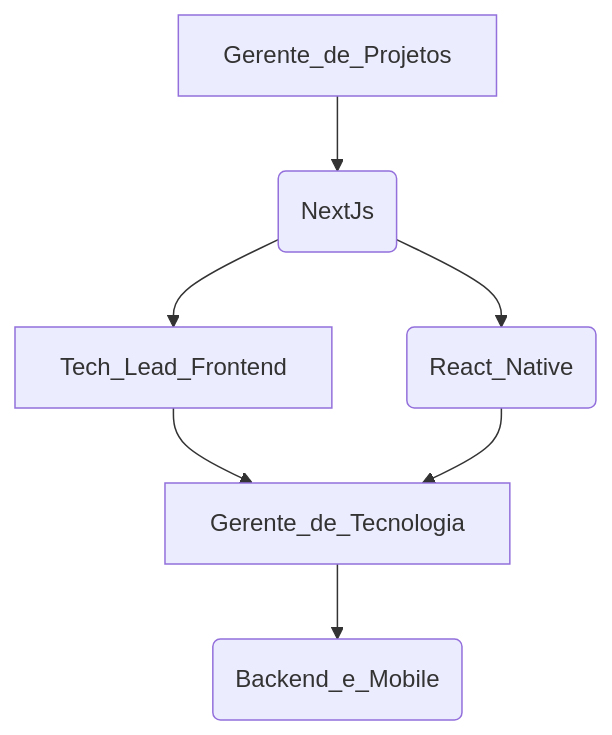
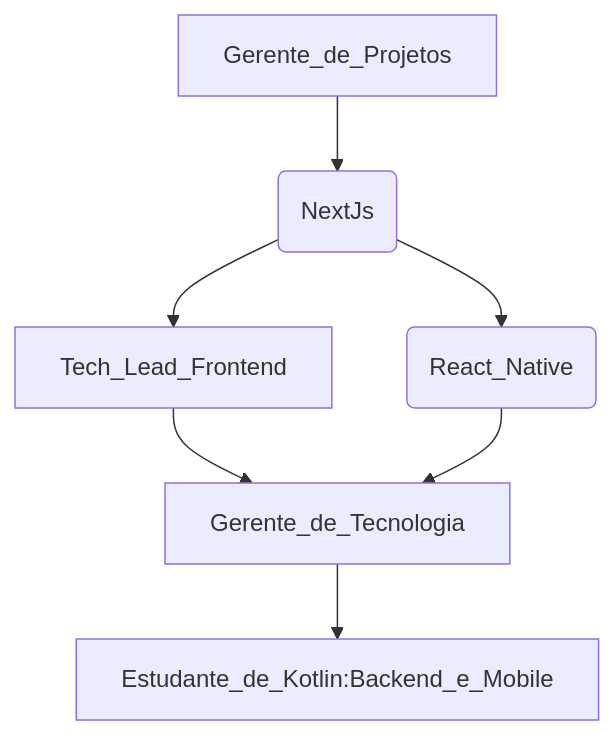
The diagram in README.md (FranciscoMaik/FranciscoMaik), drawn with Mermaid before and after one commit.

````diff
--- a/README.md
+++ b/README.md
@@ -40,9 +40,9 @@
 ```mermaid
 graph TD
     Gerente_de_Projetos --> Desenvolvedor_Web_(NextJs)
     Desenvolvedor_Web_(NextJs) --> Tech_Lead_Frontend
     Desenvolvedor_Web_(NextJs) --> Desenvolvedor_Mobile_(React_Native)
     Tech_Lead_Frontend --> Gerente_de_Tecnologia
     Desenvolvedor_Mobile_(React_Native) --> Gerente_de_Tecnologia
-    Gerente_de_Tecnologia --> Estudante_de_Kotlin(Backend_e_Mobile)
+    Gerente_de_Tecnologia --> Estudante_de_Kotlin:Backend_e_Mobile
 ```
````
